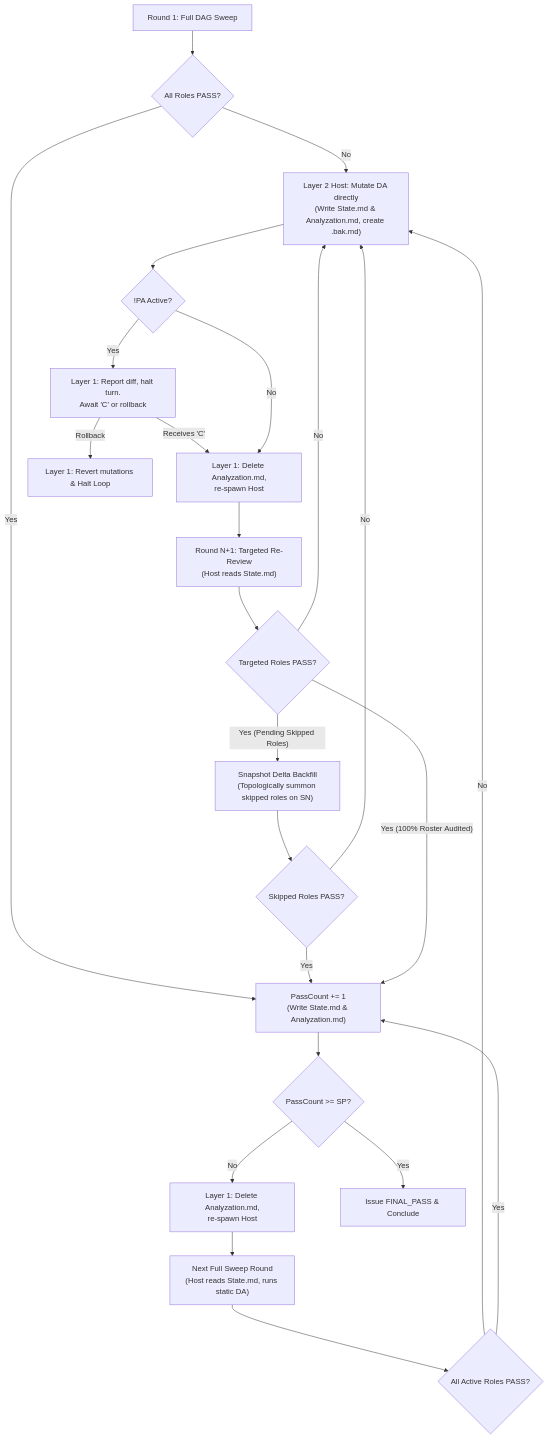
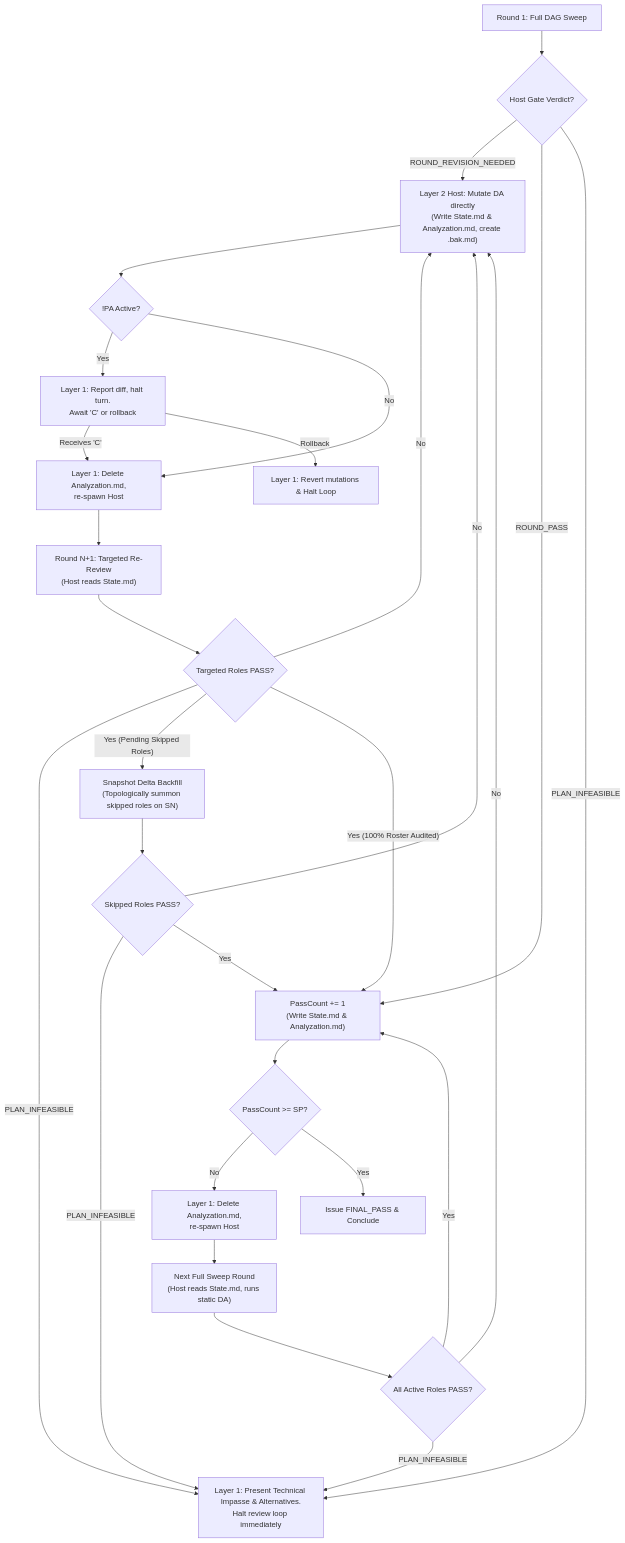
One commit to loerei/myskills changed the diagram in productivity/conduct-deep-reviewing-loop/SKILL.md. Above: the diagram before and after it, drawn with Mermaid. The commit also changed other lines of this file and 13 other files, not shown here.

Commit message:
feat(conduct-deep-reviewing-loop): codify PLAN_INFEASIBLE verdict and technical impasse reporting

````diff
--- a/productivity/conduct-deep-reviewing-loop/SKILL.md
+++ b/productivity/conduct-deep-reviewing-loop/SKILL.md
@@ -20,25 +20,29 @@
 ```mermaid
 flowchart TD
-    Start["Round 1: Full DAG Sweep"] --> Eval{"All Roles PASS?"}
-    Eval -->|"No"| Apply["Layer 2 Host: Mutate DA directly<br/>(Write State.md & Analyzation.md, create <da_stem>.bak.md)"]
-    Eval -->|"Yes"| Accumulate["PassCount += 1<br/>(Write State.md & Analyzation.md)"]
+    Start["Round 1: Full DAG Sweep"] --> Eval{"Host Gate Verdict?"}
+    Eval -->|"ROUND_REVISION_NEEDED"| Apply["Layer 2 Host: Mutate DA directly<br/>(Write State.md & Analyzation.md, create <da_stem>.bak.md)"]
+    Eval -->|"ROUND_PASS"| Accumulate["PassCount += 1<br/>(Write State.md & Analyzation.md)"]
+    Eval -->|"PLAN_INFEASIBLE"| HaltInfeasible["Layer 1: Present Technical Impasse & Alternatives.<br/>Halt review loop immediately"]
     Apply --> CheckPA{"!PA Active?"}
     CheckPA -->|"Yes"| PAPause["Layer 1: Report diff, halt turn.<br/>Await 'C' or rollback"]
     PAPause -->|"Receives 'C'"| Handoff["Layer 1: Delete Analyzation.md,<br/>re-spawn Host"] --> TargetRun["Round N+1: Targeted Re-Review<br/>(Host reads State.md)"]
     PAPause -->|"Rollback"| RevertHalt["Layer 1: Revert mutations & Halt Loop"]
     CheckPA -->|"No"| Handoff
     CheckTarget{"Targeted Roles PASS?"}
     TargetRun --> CheckTarget
     CheckTarget -->|"No"| Apply
+    CheckTarget -->|"PLAN_INFEASIBLE"| HaltInfeasible
     CheckTarget -->|"Yes (Pending Skipped Roles)"| Backfill["Snapshot Delta Backfill<br/>(Topologically summon skipped roles on SN)"]
     Backfill --> BackfillCheck{"Skipped Roles PASS?"}
     BackfillCheck -->|"No"| Apply
+    BackfillCheck -->|"PLAN_INFEASIBLE"| HaltInfeasible
     BackfillCheck -->|"Yes"| Accumulate
     CheckTarget -->|"Yes (100% Roster Audited)"| Accumulate
     Accumulate --> SPCheck{"PassCount >= SP?"}
     SPCheck -->|"No"| HandoffSweep["Layer 1: Delete Analyzation.md,<br/>re-spawn Host"] --> FullSweep["Next Full Sweep Round<br/>(Host reads State.md, runs static DA)"]
     FullSweep --> SweepCheck{"All Active Roles PASS?"}
     SweepCheck -->|"No"| Apply
+    SweepCheck -->|"PLAN_INFEASIBLE"| HaltInfeasible
     SweepCheck -->|"Yes"| Accumulate
     SPCheck -->|"Yes"| FinalPass["Issue FINAL_PASS & Conclude"]
 ```
````
